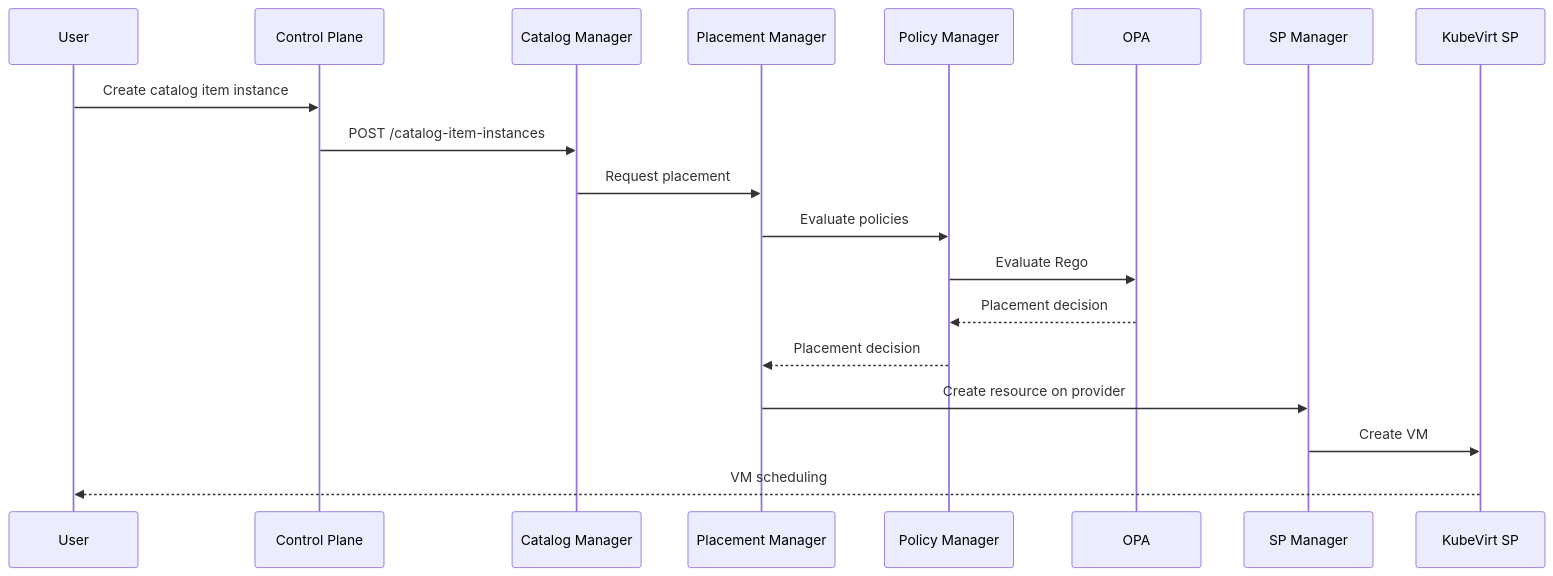
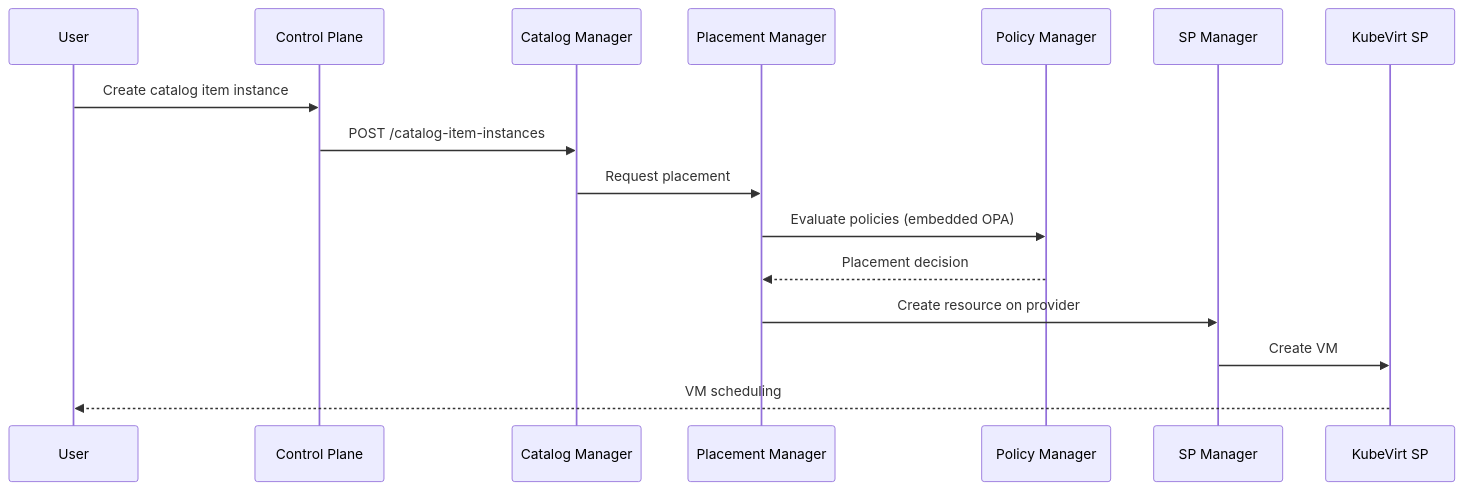
The second of 2 diagrams in content/docs/getting-started/architecture.md (dcm-project/dcm-project.github.io), drawn with Mermaid before and after one commit. The commit also changed other lines of this file and 1 other file, not shown here.

Commit message:
Fix OPA and control-plane wording in getting started docs
Show OPA as embedded in the Policy Manager, not a separate
service. Use control-plane terminology in local setup.

````diff
--- a/content/docs/getting-started/architecture.md
+++ b/content/docs/getting-started/architecture.md
@@ -69,22 +69,19 @@
 ```mermaid
 sequenceDiagram
     participant User
     participant CP as Control Plane
     participant CM as Catalog Manager
     participant PLM as Placement Manager
     participant PM as Policy Manager
-    participant OPA
     participant SPM as SP Manager
     participant SP as KubeVirt SP
 
     User->>CP: Create catalog item instance
     CP->>CM: POST /catalog-item-instances
     CM->>PLM: Request placement
-    PLM->>PM: Evaluate policies
-    PM->>OPA: Evaluate Rego
-    OPA-->>PM: Placement decision
+    PLM->>PM: Evaluate policies (embedded OPA)
     PM-->>PLM: Placement decision
     PLM->>SPM: Create resource on provider
     SPM->>SP: Create VM
     SP-->>User: VM scheduling
 ```
````
